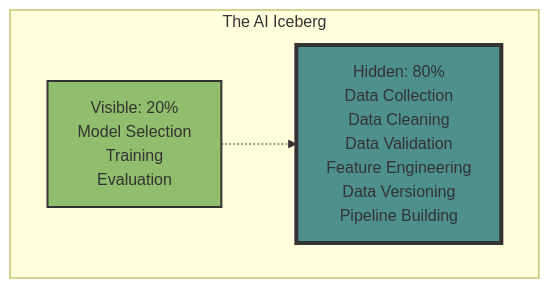
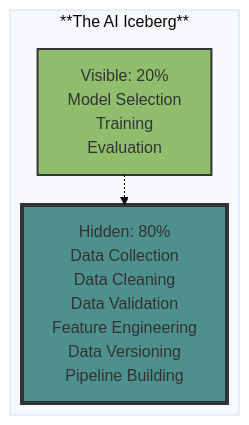
The first of 2 diagrams in The 2026 AI Metromap/The 2026 AI Metromap: Data Cleaning & Visualization – Turning Raw Data into Tracks.md (Vineet-Sharma-Medium-Stories/Medium-Build-Tool), drawn with Mermaid before and after one commit. The commit also changed other lines of this file and 37 other files, not shown here.

````diff
--- a/The 2026 AI Metromap/The 2026 AI Metromap: Data Cleaning & Visualization – Turning Raw Data into Tracks.md
+++ b/The 2026 AI Metromap/The 2026 AI Metromap: Data Cleaning & Visualization – Turning Raw Data into Tracks.md
@@ -65,13 +65,18 @@
 ```mermaid
+---
+config:
+  theme: base
+  layout: elk
+---
 graph TD
-    subgraph "The AI Iceberg"
+    subgraph "**The AI Iceberg**"
         A[Visible: 20%<br/>Model Selection<br/>Training<br/>Evaluation] 
         
         B[Hidden: 80%<br/>Data Collection<br/>Data Cleaning<br/>Data Validation<br/>Feature Engineering<br/>Data Versioning<br/>Pipeline Building]
         
         A -.-> B
     end
     
     style A fill:#90be6d,stroke:#333,stroke-width:2px
     style B fill:#4d908e,stroke:#333,stroke-width:4px
 ```
````
